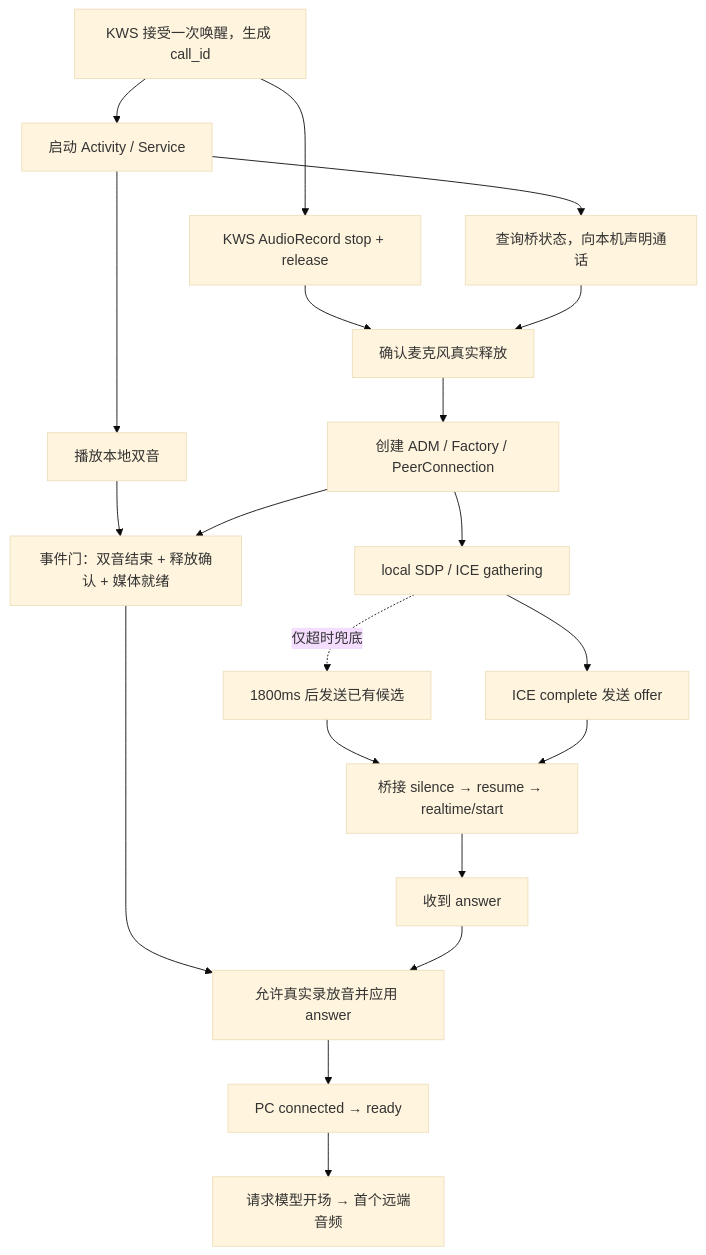
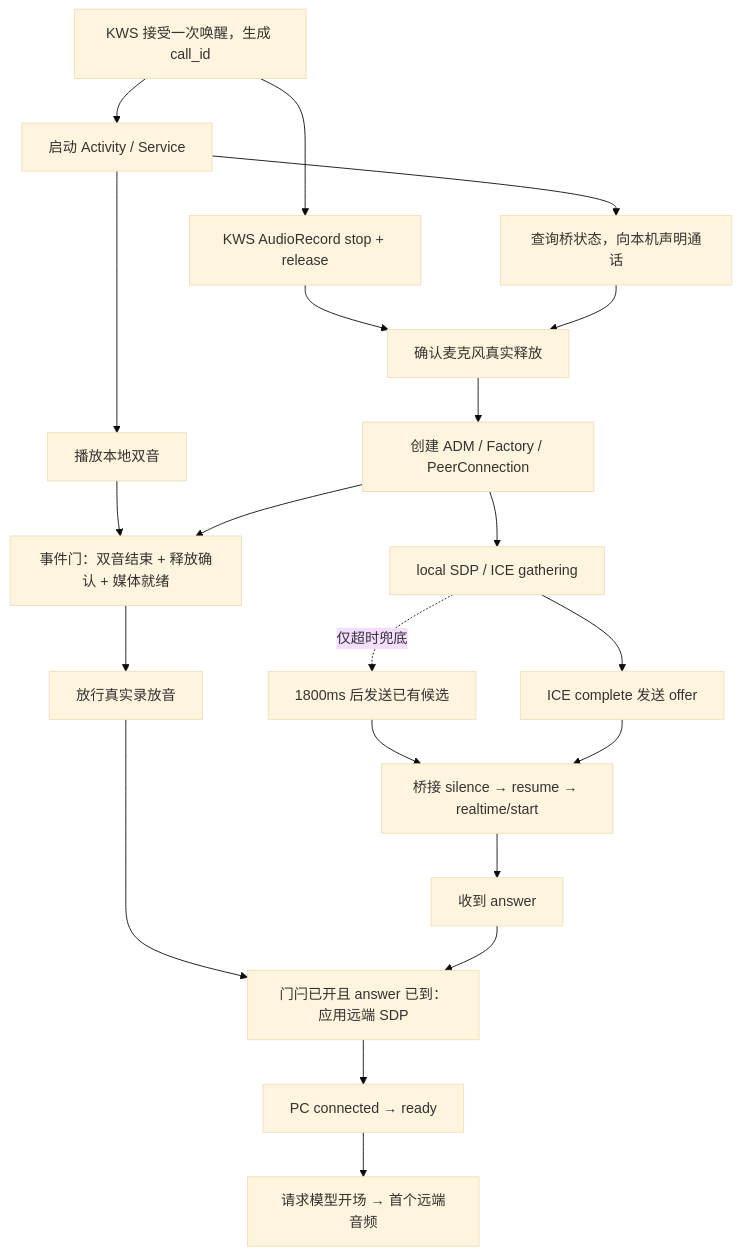
One commit to NoobMaster233/xiaodu-jarvis changed the diagram in docs/architecture.md. Above: the diagram before and after it, drawn with Mermaid (base theme). The commit also changed other lines of this file and 26 other files, not shown here.

````diff
--- a/docs/architecture.md
+++ b/docs/architecture.md
@@ -13,22 +27,23 @@
 ```mermaid
 flowchart TD
   W[KWS 接受一次唤醒，生成 call_id] --> L[启动 Activity / Service]
   W --> S[KWS AudioRecord stop + release]
   L --> F[播放本地双音]
   L --> N[查询桥状态，向本机声明通话]
   S --> H[确认麦克风真实释放]
   N --> H
   H --> M[创建 ADM / Factory / PeerConnection]
   M --> SDP[local SDP / ICE gathering]
   SDP --> O[ICE complete 发送 offer]
   SDP -.仅超时兜底.-> T[1800ms 后发送已有候选]
   T --> B[桥接 silence → resume → realtime/start]
   O --> B
   F --> G[事件门：双音结束 + 释放确认 + 媒体就绪]
   M --> G
   B --> A[收到 answer]
-  G --> R[允许真实录放音并应用 answer]
-  A --> R
-  R --> C[PC connected → ready]
+  G --> R[放行真实录放音]
+  R --> APPLY[门闩已开且 answer 已到：应用远端 SDP]
+  A --> APPLY
+  APPLY --> C[PC connected → ready]
   C --> Q[请求模型开场 → 首个远端音频]
 ```
````
